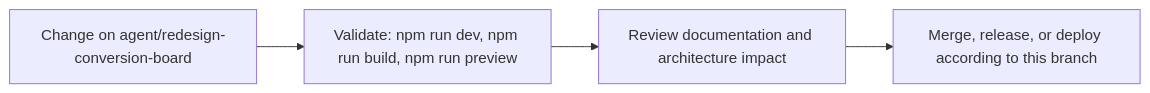
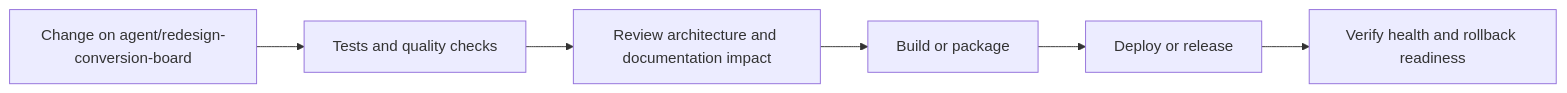
One commit to Nischhalsubba/Napiyo changed the fourth of 5 diagrams in README.md. Above: the diagram before and after it, drawn with Mermaid. The commit also changed other lines of this file, not shown here.

````diff
--- a/README.md
+++ b/README.md
@@ -70,8 +148,8 @@
 ```mermaid
 flowchart LR
-    CHANGE["Change on agent/redesign-conversion-board"]
-    CHECK["Validate: npm run dev, npm run build, npm run preview"]
-    REVIEW["Review documentation and architecture impact"]
-    RELEASE["Merge, release, or deploy according to this branch"]
-    CHANGE --> CHECK --> REVIEW --> RELEASE
+    CHANGE["Change on agent/redesign-conversion-board"] --> CHECK["Tests and quality checks"]
+    CHECK --> REVIEW["Review architecture and documentation impact"]
+    REVIEW --> BUILD["Build or package"]
+    BUILD --> DEPLOY["Deploy or release"]
+    DEPLOY --> VERIFY["Verify health and rollback readiness"]
 ```
````
